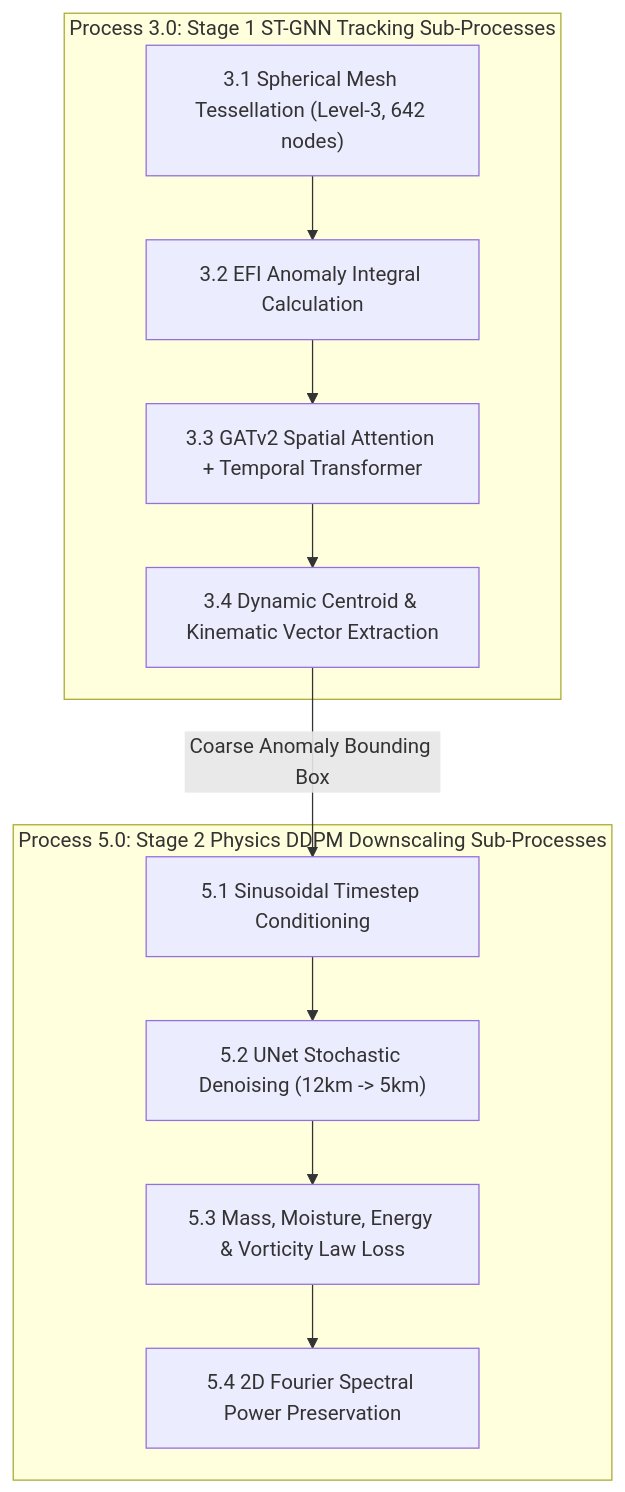
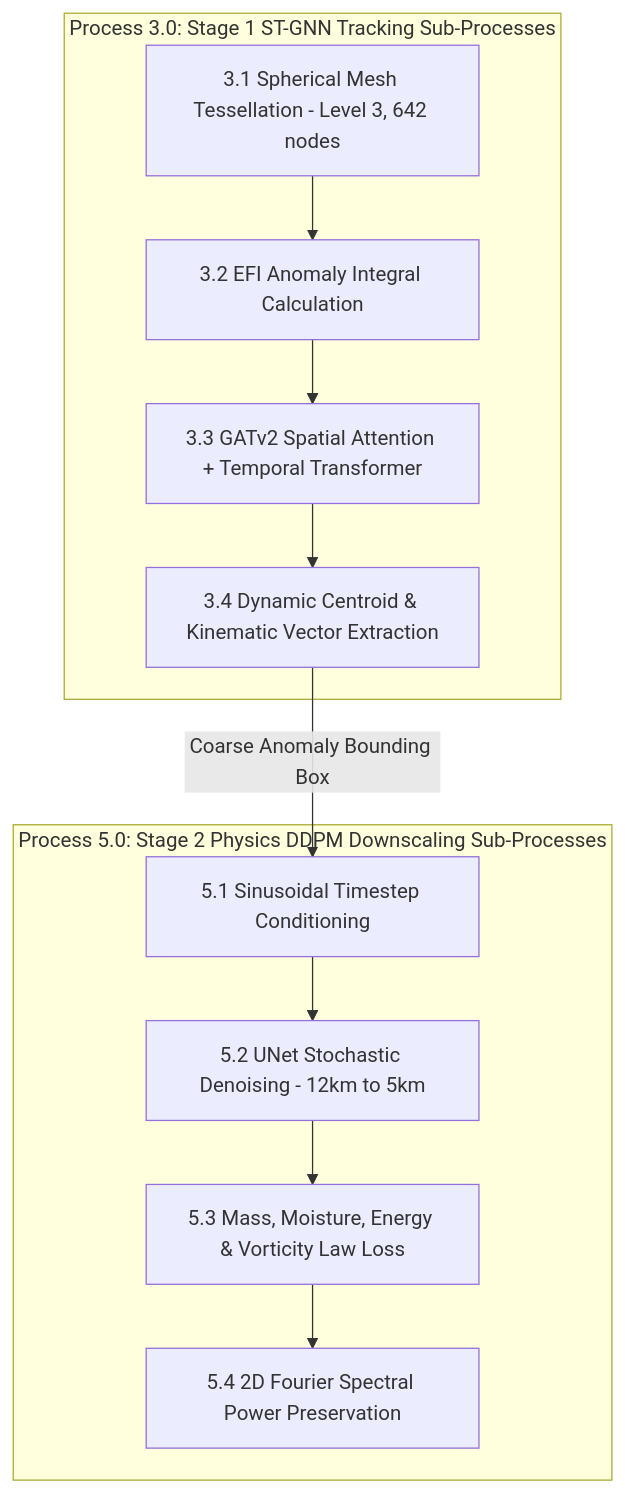
One commit to Alokzhan/wheatherSIH changed the fourth of 4 diagrams in README.md. Above: the diagram before and after it, drawn with Mermaid. The commit also changed other lines of this file, not shown here.

Commit message:
docs: Update README.md architecture & DFD flowcharts for 100% rendering compatibility

````diff
--- a/README.md
+++ b/README.md
@@ -198,16 +246,16 @@
 ```mermaid
-graph TD
-    subgraph P3_Detail ["Process 3.0: Stage 1 ST-GNN Tracking Sub-Processes"]
-        P3_1["3.1 Spherical Mesh Tessellation (Level-3, 642 nodes)"] --> P3_2["3.2 EFI Anomaly Integral Calculation"]
-        P3_2 --> P3_3["3.3 GATv2 Spatial Attention + Temporal Transformer"]
-        P3_3 --> P3_4["3.4 Dynamic Centroid & Kinematic Vector Extraction"]
+flowchart TD
+    subgraph P3_Detail [Process 3.0: Stage 1 ST-GNN Tracking Sub-Processes]
+        P3_1[3.1 Spherical Mesh Tessellation - Level 3, 642 nodes] --> P3_2[3.2 EFI Anomaly Integral Calculation]
+        P3_2 --> P3_3[3.3 GATv2 Spatial Attention + Temporal Transformer]
+        P3_3 --> P3_4[3.4 Dynamic Centroid & Kinematic Vector Extraction]
     end
 
-    subgraph P5_Detail ["Process 5.0: Stage 2 Physics DDPM Downscaling Sub-Processes"]
-        P5_1["5.1 Sinusoidal Timestep Conditioning"] --> P5_2["5.2 UNet Stochastic Denoising (12km -> 5km)"]
-        P5_2 --> P5_3["5.3 Mass, Moisture, Energy & Vorticity Law Loss"]
-        P5_3 --> P5_4["5.4 2D Fourier Spectral Power Preservation"]
+    subgraph P5_Detail [Process 5.0: Stage 2 Physics DDPM Downscaling Sub-Processes]
+        P5_1[5.1 Sinusoidal Timestep Conditioning] --> P5_2[5.2 UNet Stochastic Denoising - 12km to 5km]
+        P5_2 --> P5_3[5.3 Mass, Moisture, Energy & Vorticity Law Loss]
+        P5_3 --> P5_4[5.4 2D Fourier Spectral Power Preservation]
     end
 
     P3_4 -->|Coarse Anomaly Bounding Box| P5_1
 ```
````
